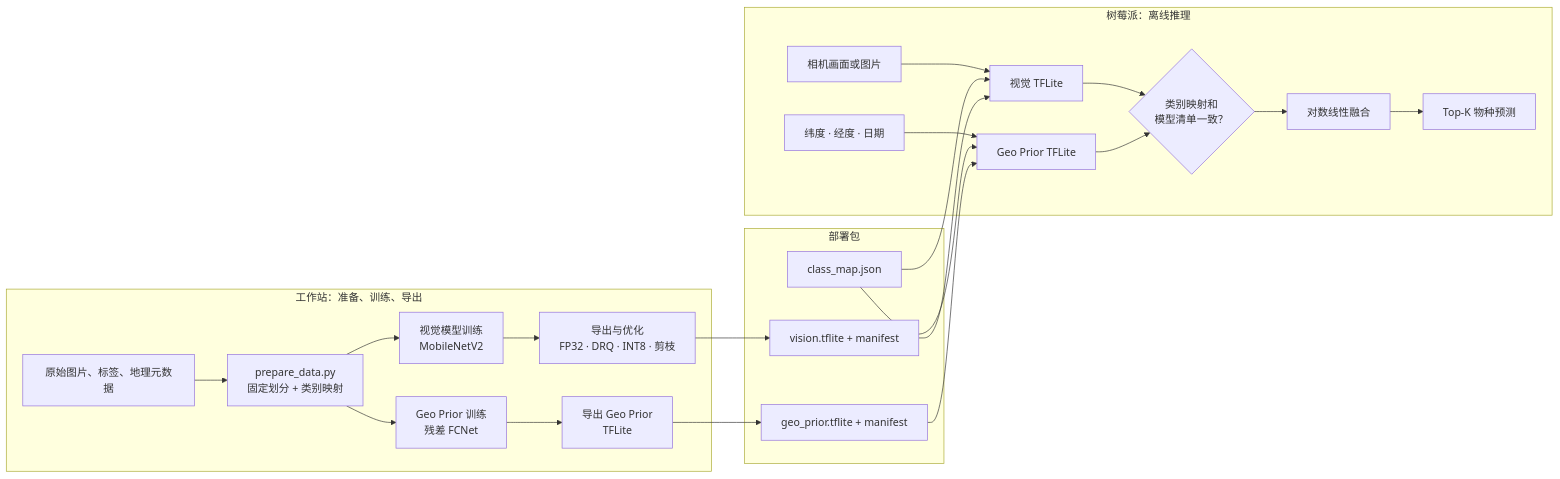
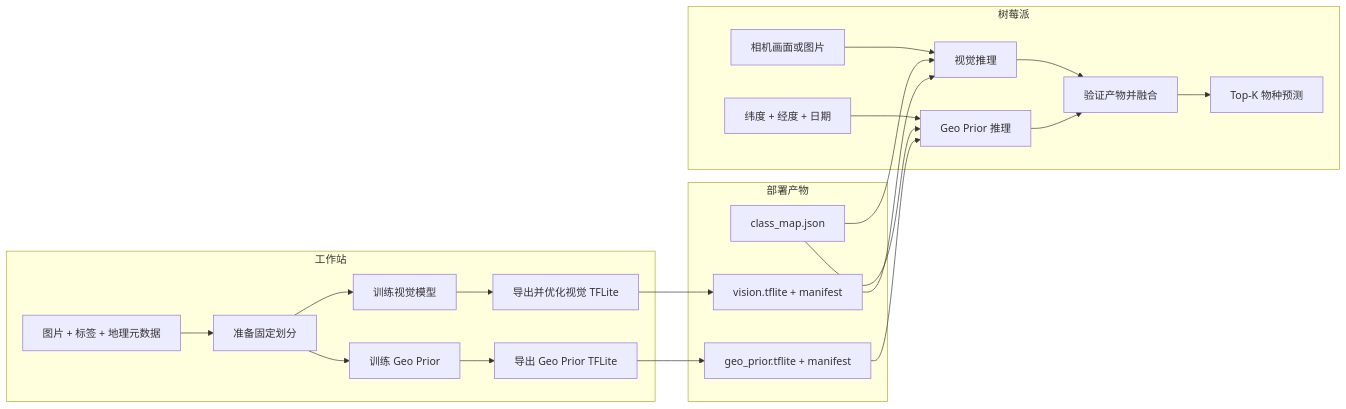
One commit to winson5566/biodiversity-edge-ai changed the diagram in README.zh-CN.md. Above: the diagram before and after it, drawn with Mermaid. The commit also changed other lines of this file and 1 other file, not shown here.

````diff
--- a/README.zh-CN.md
+++ b/README.zh-CN.md
@@ -288,32 +93,31 @@
 ```mermaid
 flowchart LR
-  subgraph WS[工作站：准备、训练、导出]
-    RAW[原始图片、标签、地理元数据] --> PREP[prepare_data.py<br/>固定划分 + 类别映射]
-    PREP --> VTRAIN[视觉模型训练<br/>MobileNetV2]
-    PREP --> GTRAIN[Geo Prior 训练<br/>残差 FCNet]
-    VTRAIN --> OPT[导出与优化<br/>FP32 · DRQ · INT8 · 剪枝]
-    GTRAIN --> GEXP[导出 Geo Prior<br/>TFLite]
+  subgraph WS[工作站]
+    RAW[图片 + 标签 + 地理元数据] --> PREP[准备固定划分]
+    PREP --> VTRAIN[训练视觉模型]
+    PREP --> GTRAIN[训练 Geo Prior]
+    VTRAIN --> VEXPORT[导出并优化视觉 TFLite]
+    GTRAIN --> GEXPORT[导出 Geo Prior TFLite]
   end
 
-  subgraph BUNDLE[部署包]
+  subgraph ART[部署产物]
     MAP[class_map.json]
-    VART[vision.tflite + manifest]
-    GART[geo_prior.tflite + manifest]
+    VM[vision.tflite + manifest]
+    GM[geo_prior.tflite + manifest]
   end
 
-  subgraph PI[树莓派：离线推理]
-    IMAGE[相机画面或图片] --> VRUN[视觉 TFLite]
-    GEO[纬度 · 经度 · 日期] --> GRUN[Geo Prior TFLite]
-    VRUN --> CHECK{类别映射和<br/>模型清单一致？}
-    GRUN --> CHECK
-    CHECK --> FUSE[对数线性融合]
-    FUSE --> RESULT[Top-K 物种预测]
+  subgraph PI[树莓派]
+    IMAGE[相机画面或图片] --> VINF[视觉推理]
+    META[纬度 + 经度 + 日期] --> GINF[Geo Prior 推理]
+    VINF --> FUSE[验证产物并融合]
+    GINF --> FUSE
+    FUSE --> OUT[Top-K 物种预测]
   end
 
-  OPT --> VART
-  GEXP --> GART
-  MAP --> VRUN
-  MAP --> GRUN
-  VART --> VRUN
-  GART --> GRUN
+  VEXPORT --> VM
+  GEXPORT --> GM
+  MAP --> VINF
+  MAP --> GINF
+  VM --> VINF
+  GM --> GINF
 ```
````
